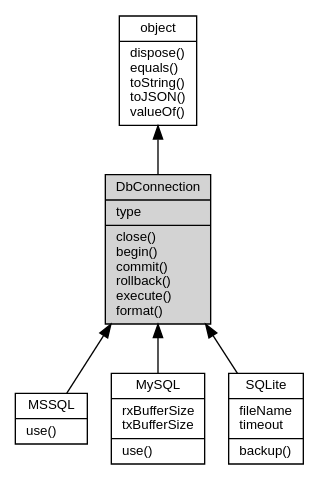
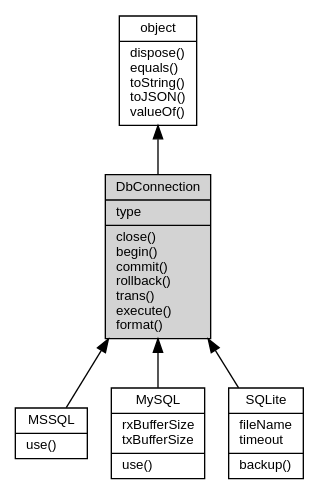
One commit to fibjs/fibjs.org changed the diagram in docs/manual/object/ifs/DbConnection.md. Above: the diagram before and after it, drawn with Graphviz. The commit also changed other lines of this file and 20 other files, not shown here.

````diff
--- a/docs/manual/object/ifs/DbConnection.md
+++ b/docs/manual/object/ifs/DbConnection.md
@@ -5,16 +5,16 @@
 ```dot
 digraph {
     node [fontname="Helvetica,sans-Serif", fontsize=10, shape="record", style="filled", fillcolor="white"];
 
     object [tooltip="object", URL="object.md", label="{object|dispose()\lequals()\ltoString()\ltoJSON()\lvalueOf()\l}"];
-    DbConnection [tooltip="DbConnection", fillcolor="lightgray", label="{DbConnection|type\l|close()\lbegin()\lcommit()\lrollback()\lexecute()\lformat()\l}"];
+    DbConnection [tooltip="DbConnection", fillcolor="lightgray", label="{DbConnection|type\l|close()\lbegin()\lcommit()\lrollback()\ltrans()\lexecute()\lformat()\l}"];
     MSSQL [tooltip="MSSQL", URL="MSSQL.md", label="{MSSQL|use()\l}"];
     MySQL [tooltip="MySQL", URL="MySQL.md", label="{MySQL|rxBufferSize\ltxBufferSize\l|use()\l}"];
     SQLite [tooltip="SQLite", URL="SQLite.md", label="{SQLite|fileName\ltimeout\l|backup()\l}"];
 
     object -> DbConnection [dir=back];
     DbConnection -> MSSQL [dir=back];
     DbConnection -> MySQL [dir=back];
     DbConnection -> SQLite [dir=back];
 }
 ```
````
